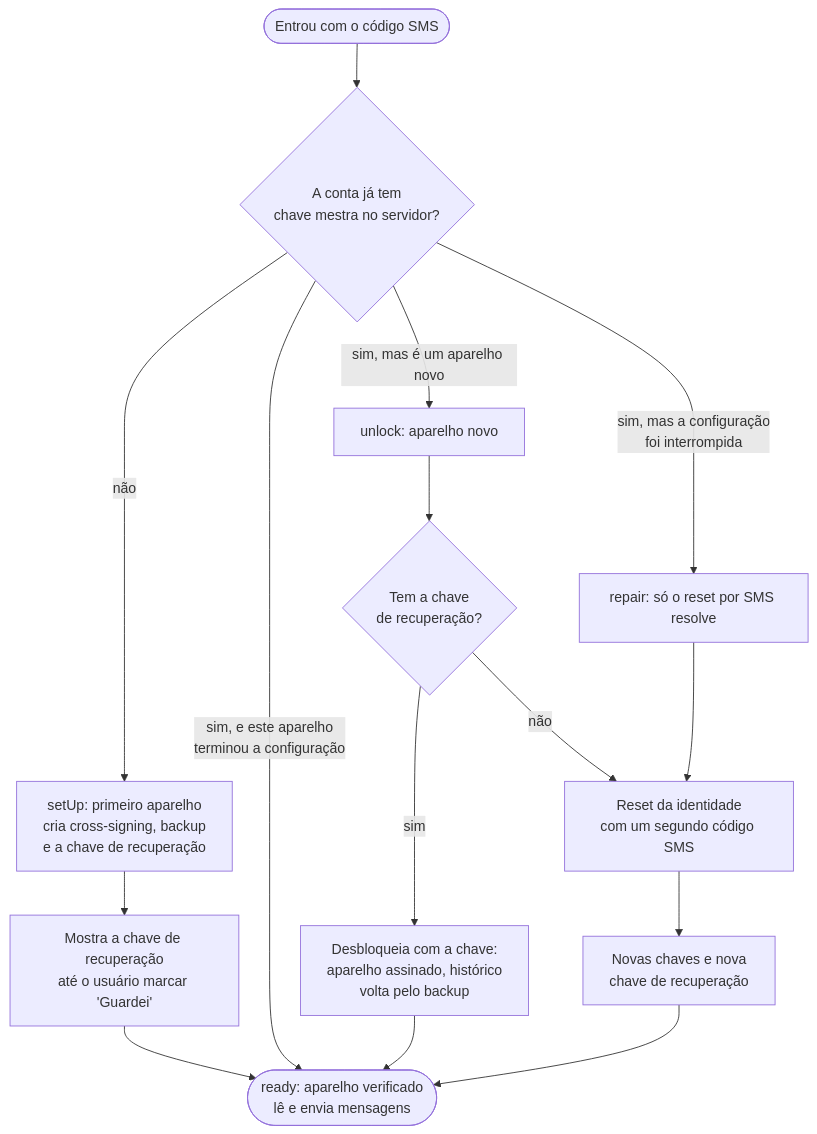
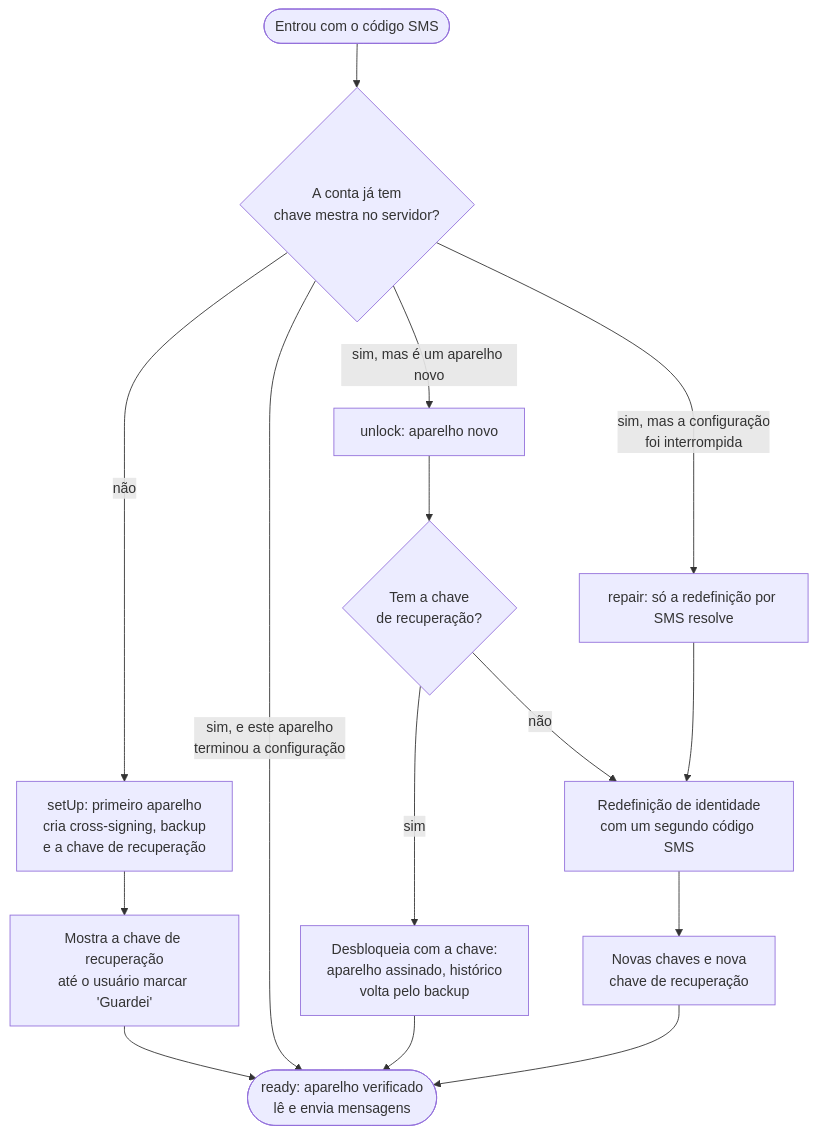
The third of 8 diagrams in docs/design/2026-10-24-architecture.md (kaiomp/alo), drawn with Mermaid before and after one commit. The commit also changed other lines of this file and 8 other files, not shown here.

````diff
--- a/docs/design/2026-10-24-architecture.md
+++ b/docs/design/2026-10-24-architecture.md
@@ -329,17 +331,17 @@
 ```mermaid
 flowchart TD
     start(["Entrou com o código SMS"]) --> q1{"A conta já tem<br/>chave mestra no servidor?"}
     q1 -- "não" --> setUp["setUp: primeiro aparelho<br/>cria cross-signing, backup<br/>e a chave de recuperação"]
     setUp --> show["Mostra a chave de recuperação<br/>até o usuário marcar 'Guardei'"]
     show --> ready
     q1 -- "sim, e este aparelho<br/>terminou a configuração" --> ready(["ready: aparelho verificado<br/>lê e envia mensagens"])
     q1 -- "sim, mas é um aparelho novo" --> unlock["unlock: aparelho novo"]
-    q1 -- "sim, mas a configuração<br/>foi interrompida" --> repair["repair: só o reset por SMS resolve"]
+    q1 -- "sim, mas a configuração<br/>foi interrompida" --> repair["repair: só a redefinição por SMS resolve"]
     unlock --> q2{"Tem a chave<br/>de recuperação?"}
     q2 -- "sim" --> restore["Desbloqueia com a chave:<br/>aparelho assinado, histórico<br/>volta pelo backup"]
     restore --> ready
-    q2 -- "não" --> reset["Reset da identidade<br/>com um segundo código SMS"]
+    q2 -- "não" --> reset["Redefinição de identidade<br/>com um segundo código SMS"]
     repair --> reset
     reset --> newkey["Novas chaves e nova<br/>chave de recuperação"]
     newkey --> ready
 ```
````
